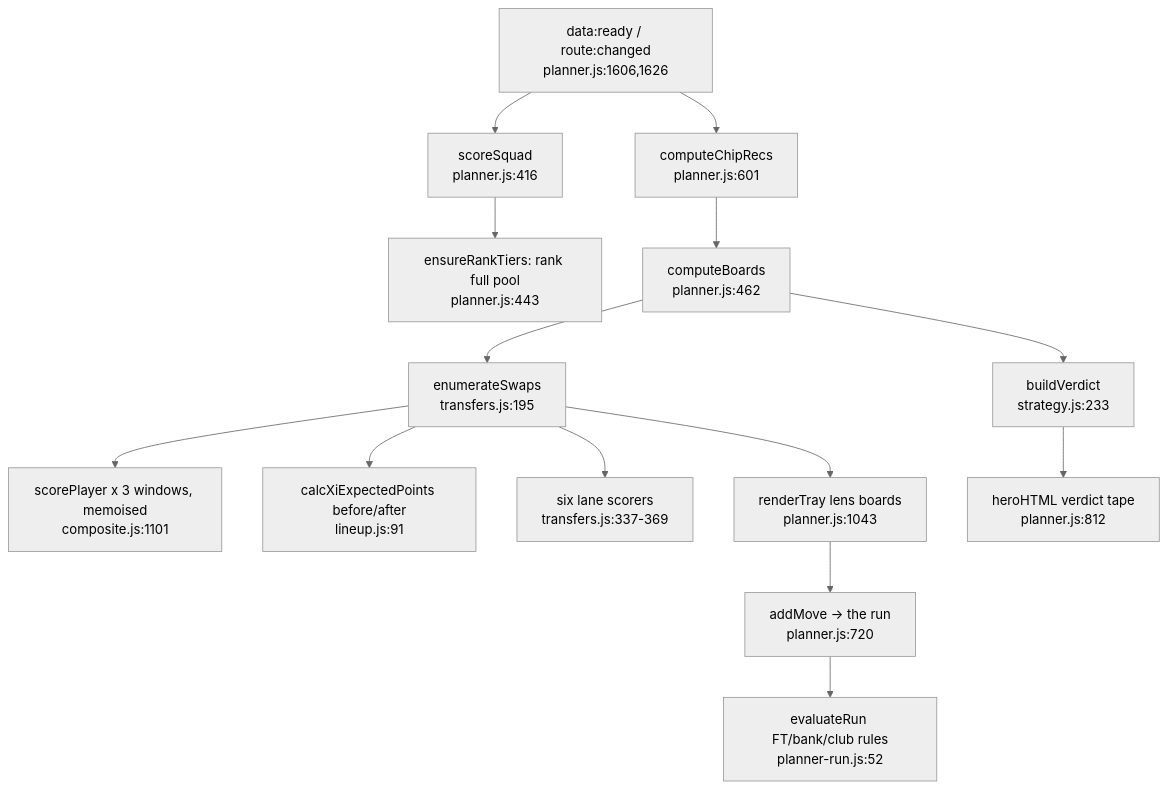
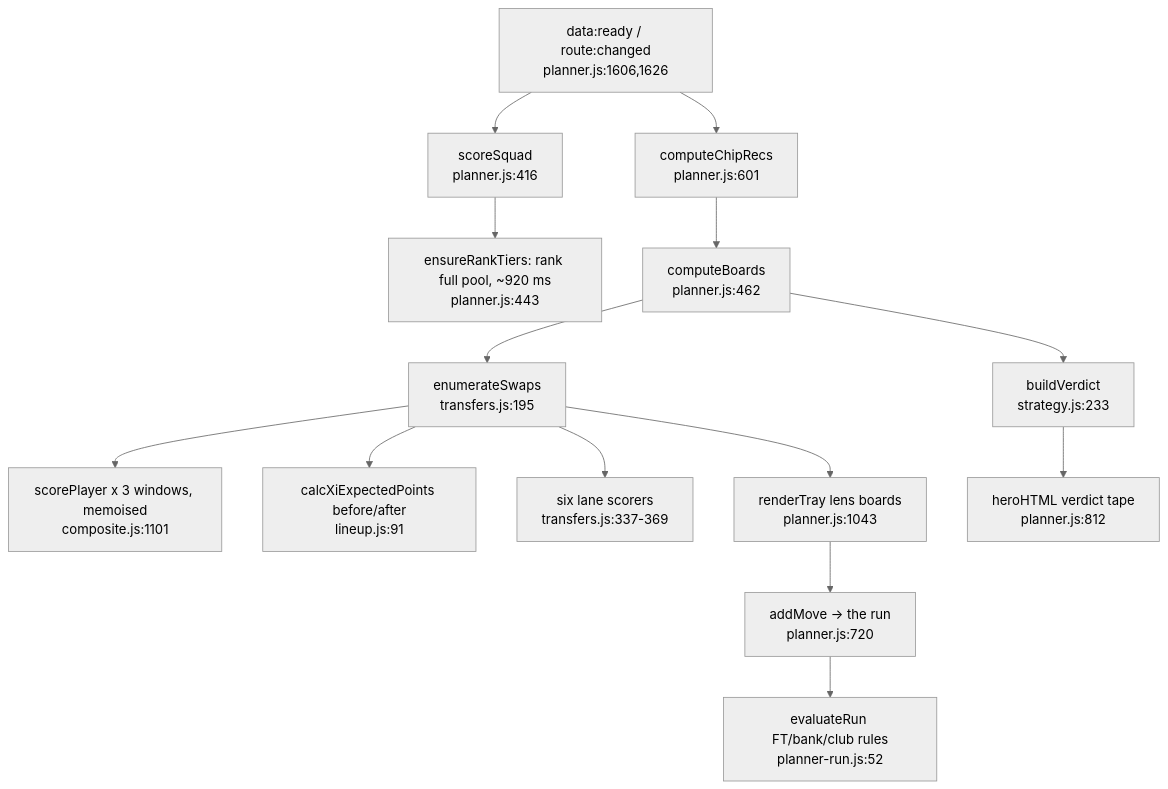
The diagram in projects/apps/gaffer-iq/docs/decision-engine-plan.md (JAYJAYBEE303/jayjaybee-site), drawn with Mermaid (neutral theme) before and after one commit. The commit also changed other lines of this file, not shown here.

````diff
--- a/projects/apps/gaffer-iq/docs/decision-engine-plan.md
+++ b/projects/apps/gaffer-iq/docs/decision-engine-plan.md
@@ -80,16 +83,16 @@
 ```mermaid
 flowchart TD
   A[data:ready / route:changed<br/>planner.js:1606,1626] --> B[scoreSquad<br/>planner.js:416]
-  B --> C[ensureRankTiers: rank full pool<br/>planner.js:443]
+  B --> C[ensureRankTiers: rank full pool, ~920 ms<br/>planner.js:443]
   A --> D[computeChipRecs<br/>planner.js:601]
   D --> E[computeBoards<br/>planner.js:462]
   E --> F[enumerateSwaps<br/>transfers.js:195]
   F --> G[scorePlayer x 3 windows, memoised<br/>composite.js:1101]
   F --> H[calcXiExpectedPoints before/after<br/>lineup.js:91]
   F --> I[six lane scorers<br/>transfers.js:337-369]
   E --> J[buildVerdict<br/>strategy.js:233]
   J --> K[heroHTML verdict tape<br/>planner.js:812]
   F --> L[renderTray lens boards<br/>planner.js:1043]
   L --> M[addMove -> the run<br/>planner.js:720]
   M --> N[evaluateRun FT/bank/club rules<br/>planner-run.js:52]
 ```
````
